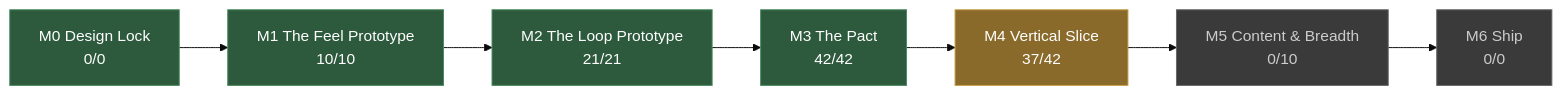
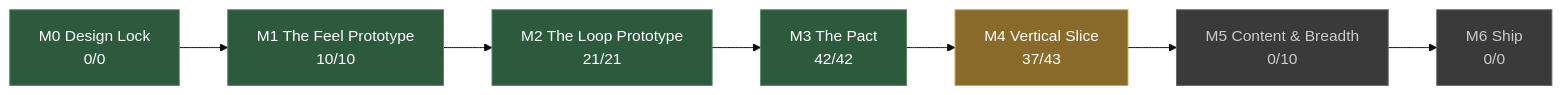
One commit to JoshuaGessner/she changed the diagram in docs/STATUS.md. Above: the diagram before and after it, drawn with Mermaid (base theme). The commit also changed other lines of this file and 5 other files, not shown here.

````diff
--- a/docs/STATUS.md
+++ b/docs/STATUS.md
@@ -13,19 +13,19 @@
 ```mermaid
 flowchart LR
   M0["M0 Design Lock<br/>0/0"]:::passed
   M1["M1 The Feel Prototype<br/>10/10"]:::passed
   M0 --> M1
   M2["M2 The Loop Prototype<br/>21/21"]:::passed
   M1 --> M2
   M3["M3 The Pact<br/>42/42"]:::passed
   M2 --> M3
-  M4["M4 Vertical Slice<br/>37/42"]:::current
+  M4["M4 Vertical Slice<br/>37/43"]:::current
   M3 --> M4
   M5["M5 Content & Breadth<br/>0/10"]:::ahead
   M4 --> M5
   M6["M6 Ship<br/>0/0"]:::ahead
   M5 --> M6
   classDef passed fill:#2d5a3d,stroke:#4a8a5f,color:#fff
   classDef current fill:#8a6a2a,stroke:#c8a04a,color:#fff
   classDef ahead fill:#3a3a3a,stroke:#666,color:#ccc
 ```
````
